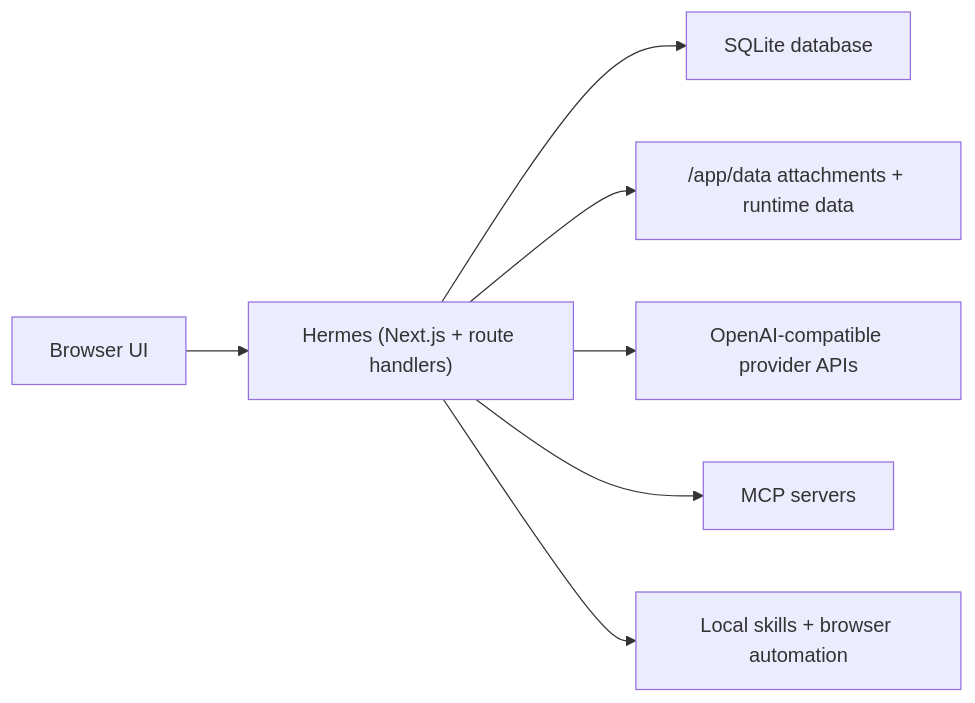
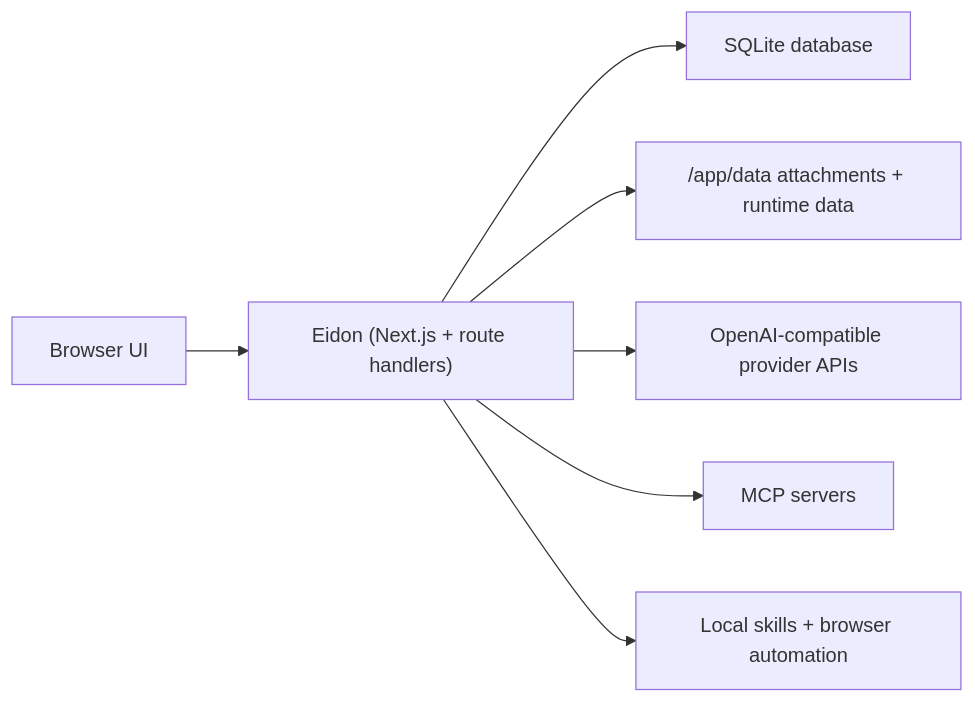
Before and after one commit to Quack6765/Eidon-AI: the diagram in README.md, drawn with Mermaid. The commit also changed other lines of this file and 10 other files, not shown here.

Commit message:
docs: rename all Hermes references to Eidon

````diff
--- a/README.md
+++ b/README.md
@@ -65,9 +65,9 @@
 ```mermaid
 flowchart LR
-  Browser["Browser UI"] --> Hermes["Hermes (Next.js + route handlers)"]
-  Hermes --> SQLite["SQLite database"]
-  Hermes --> Data["/app/data attachments + runtime data"]
-  Hermes --> Provider["OpenAI-compatible provider APIs"]
-  Hermes --> MCP["MCP servers"]
-  Hermes --> Skills["Local skills + browser automation"]
+  Browser["Browser UI"] --> Eidon["Eidon (Next.js + route handlers)"]
+  Eidon --> SQLite["SQLite database"]
+  Eidon --> Data["/app/data attachments + runtime data"]
+  Eidon --> Provider["OpenAI-compatible provider APIs"]
+  Eidon --> MCP["MCP servers"]
+  Eidon --> Skills["Local skills + browser automation"]
 ```
````
